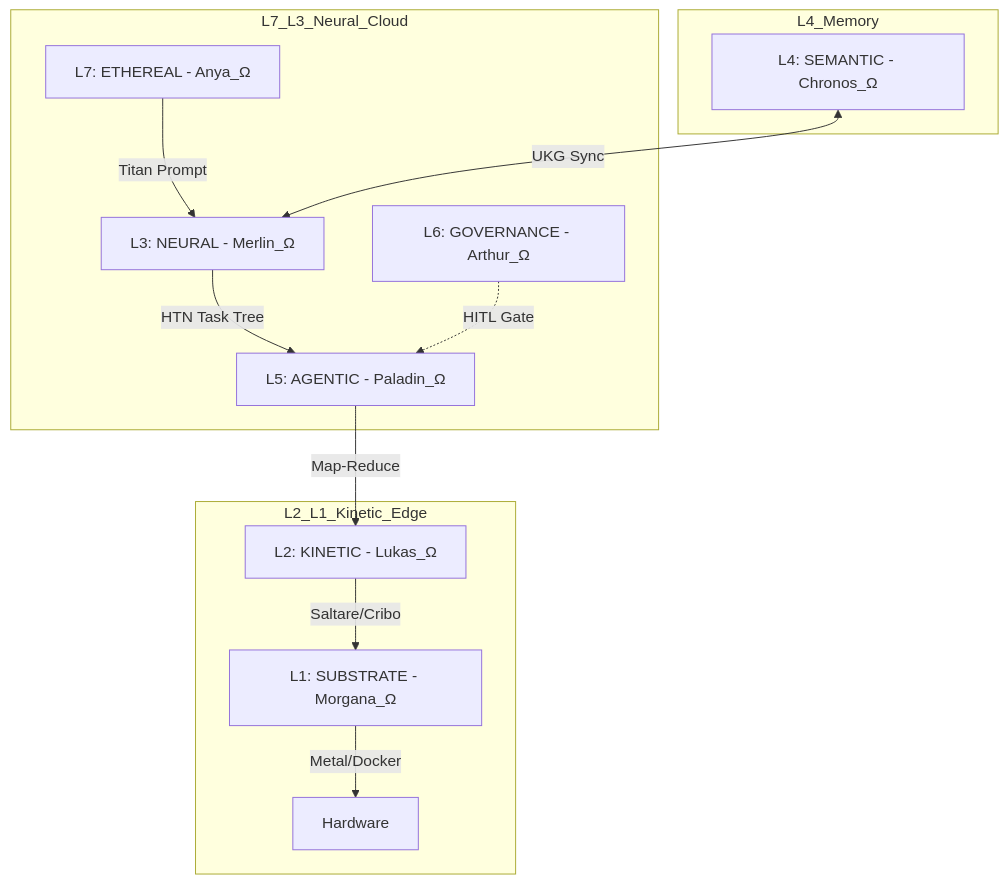
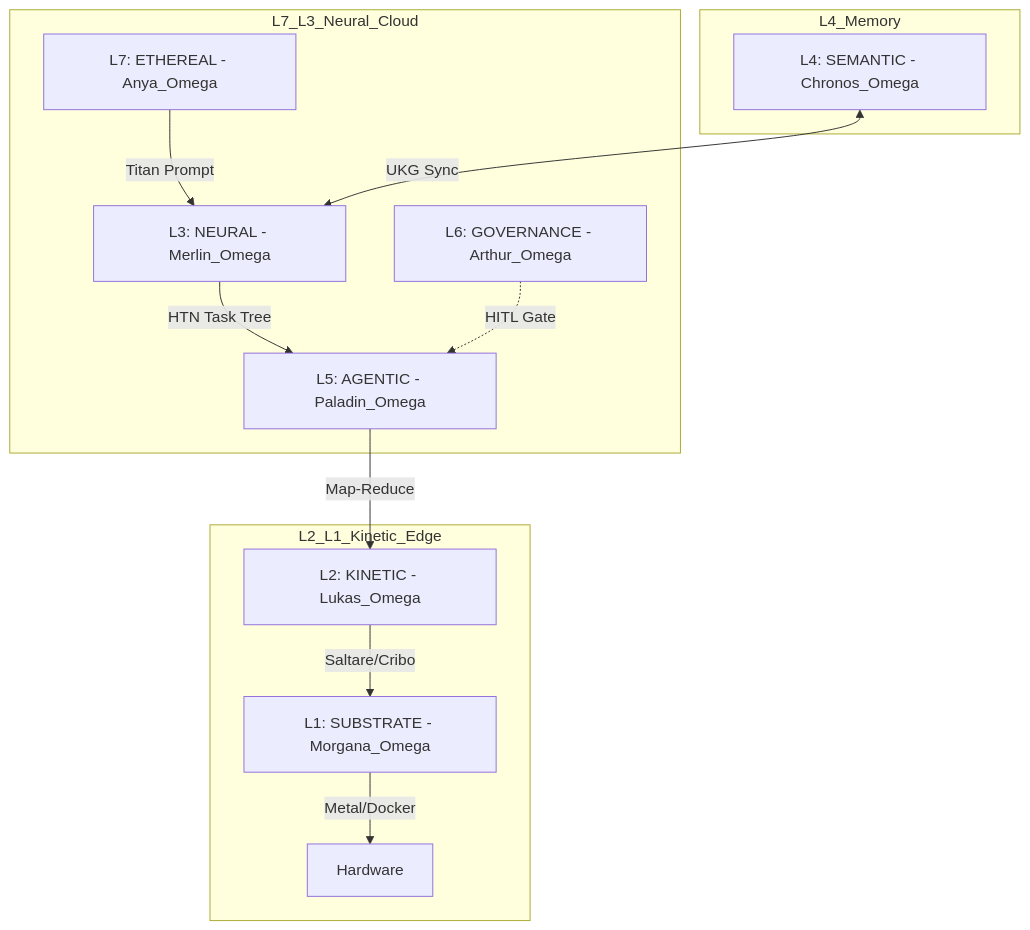
Before and after one commit to Cyberdad247/Camelot-Ecosystem: the diagram in docs/SEPTEM_REGNA/L7_ETHEREAL/MASTER_SYSTEM_SPEC.md, drawn with Mermaid. The commit also changed other lines of this file and 398 other files, not shown here.

````diff
--- a/docs/SEPTEM_REGNA/L7_ETHEREAL/MASTER_SYSTEM_SPEC.md
+++ b/docs/SEPTEM_REGNA/L7_ETHEREAL/MASTER_SYSTEM_SPEC.md
@@ -13,18 +13,18 @@
 ```mermaid
 graph TD
     subgraph L7_L3_Neural_Cloud
-        L7[L7: ETHEREAL - Anya_Ω] -->|Titan Prompt| L3[L3: NEURAL - Merlin_Ω]
-        L3 -->|HTN Task Tree| L5[L5: AGENTIC - Paladin_Ω]
-        L6[L6: GOVERNANCE - Arthur_Ω] -.->|HITL Gate| L5
+        L7[L7: ETHEREAL - Anya_Omega] -->|Titan Prompt| L3[L3: NEURAL - Merlin_Omega]
+        L3 -->|HTN Task Tree| L5[L5: AGENTIC - Paladin_Omega]
+        L6[L6: GOVERNANCE - Arthur_Omega] -.->|HITL Gate| L5
     end
 
     subgraph L4_Memory
-        L4[L4: SEMANTIC - Chronos_Ω] <-->|UKG Sync| L3
+        L4[L4: SEMANTIC - Chronos_Omega] <-->|UKG Sync| L3
     end
 
     subgraph L2_L1_Kinetic_Edge
-        L5 -->|Map-Reduce| L2[L2: KINETIC - Lukas_Ω]
-        L2 -->|Saltare/Cribo| L1[L1: SUBSTRATE - Morgana_Ω]
+        L5 -->|Map-Reduce| L2[L2: KINETIC - Lukas_Omega]
+        L2 -->|Saltare/Cribo| L1[L1: SUBSTRATE - Morgana_Omega]
         L1 -->|Metal/Docker| Hardware
     end
 ```
````
